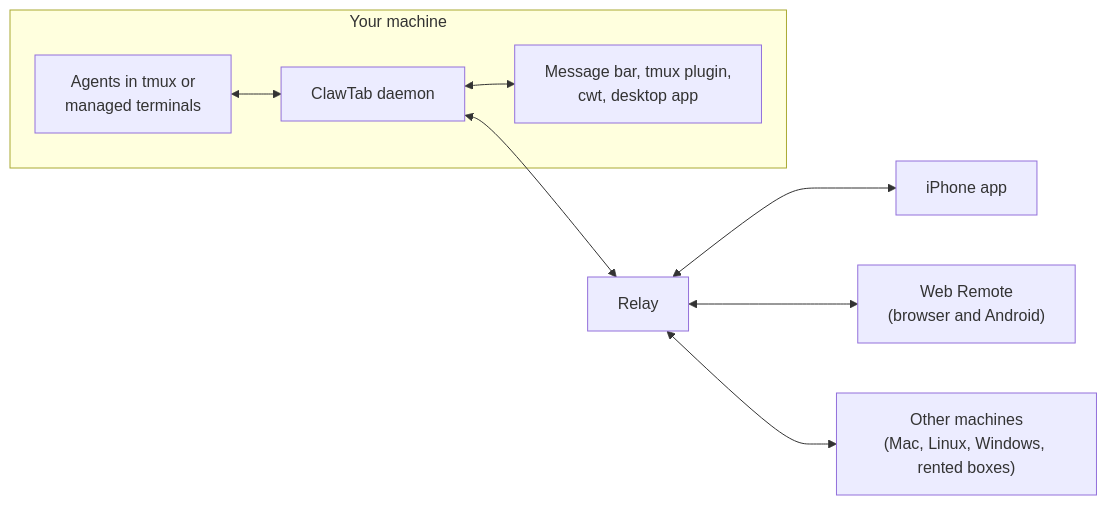
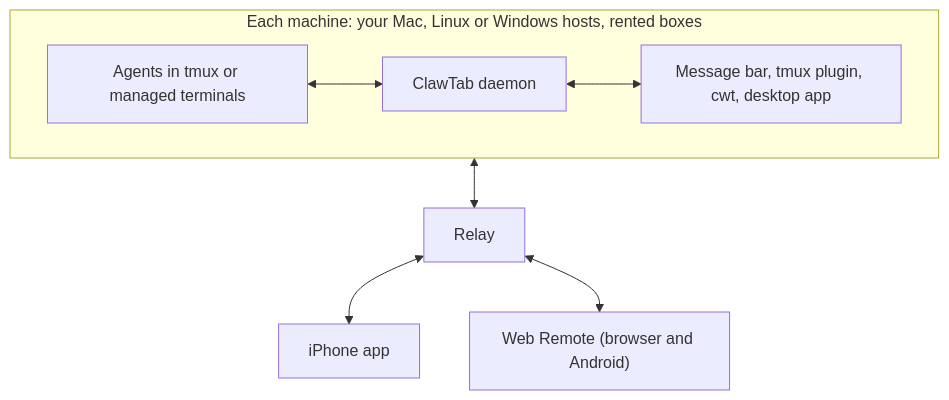
One commit to tonisives/clawtab changed the diagram in README.md. Above: the diagram before and after it, drawn with Mermaid. The commit also changed other lines of this file, not shown here.

Commit message:
Draw the README graph top-down with one block for every machine
Your Mac and remote hosts run the same daemon, so they share one block.
Top-down layout keeps GitHub's diagram controls from covering the graph.

Agent-Provider: claude
Agent-Model: claude-opus-5-5
Agent-Session: 26b6900f-c5ae-4153-8a94-276b764296dc
Agent-Pane: %49

````diff
--- a/README.md
+++ b/README.md
@@ -26,11 +26,11 @@
 ```mermaid
-flowchart LR
-  subgraph host["Your machine"]
-    A["Agents in tmux or<br/>managed terminals"] <--> D["ClawTab daemon"]
-    D <--> C["Message bar, tmux plugin,<br/>cwt, desktop app"]
+flowchart TB
+  subgraph machine["Each machine: your Mac, Linux or Windows hosts, rented boxes"]
+    direction LR
+    A["Agents in tmux or managed terminals"] <--> D["ClawTab daemon"]
+    D <--> C["Message bar, tmux plugin, cwt, desktop app"]
   end
-  D <--> R["Relay"]
+  machine <--> R["Relay"]
   R <--> I["iPhone app"]
-  R <--> W["Web Remote<br/>(browser and Android)"]
-  R <--> M["Other machines<br/>(Mac, Linux, Windows, rented boxes)"]
+  R <--> W["Web Remote (browser and Android)"]
 ```
````
